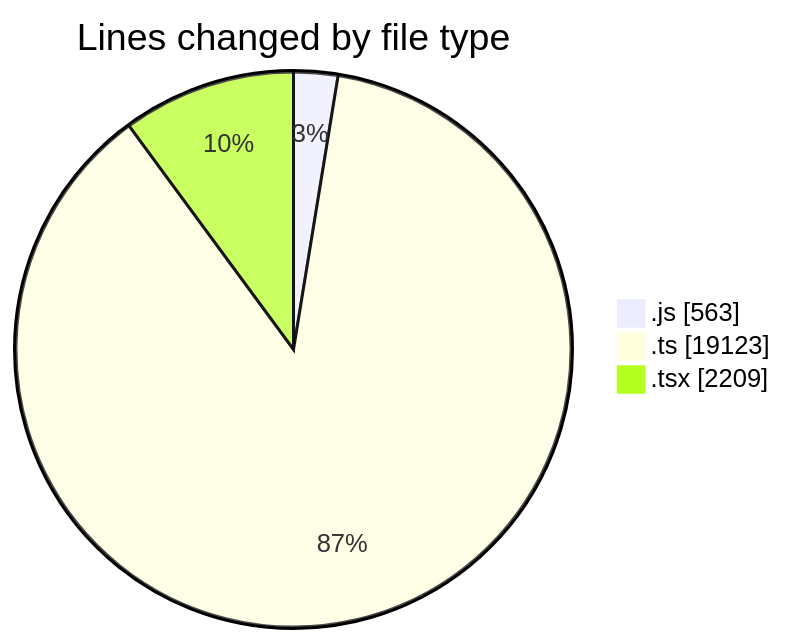
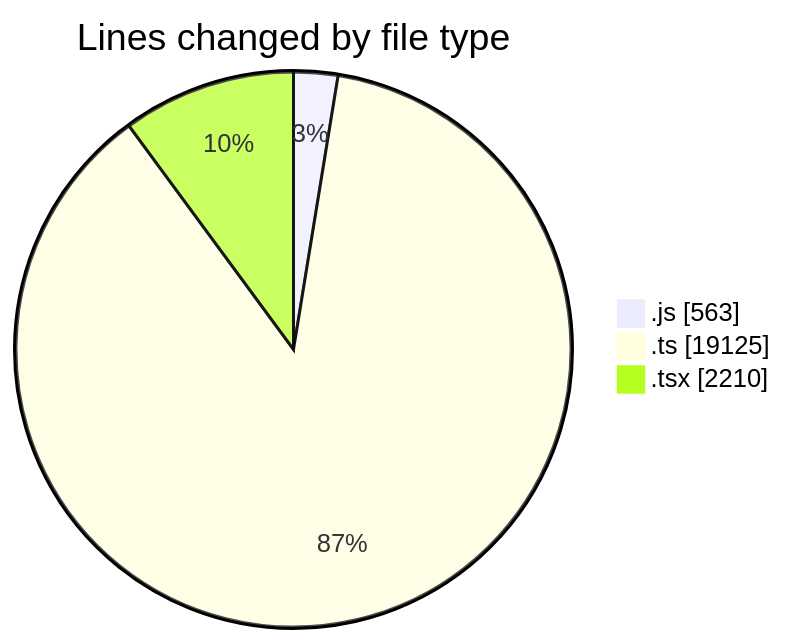
The first of 2 diagrams in 2025-11-14/cda/README.md (momahboobian/code-tracking), drawn with Mermaid before and after one commit. The commit also changed other lines of this file and 1 other file, not shown here.

````diff
--- a/2025-11-14/cda/README.md
+++ b/2025-11-14/cda/README.md
@@ -40,7 +40,7 @@
 ```mermaid
 pie showData
 title Lines changed by file type
 ".js" : 563
-".ts" : 19123
-".tsx" : 2209
+".ts" : 19125
+".tsx" : 2210
 ```
````
